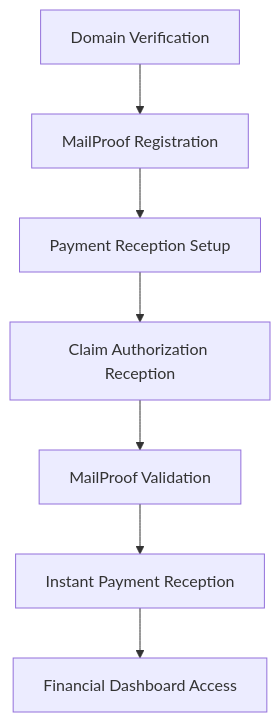
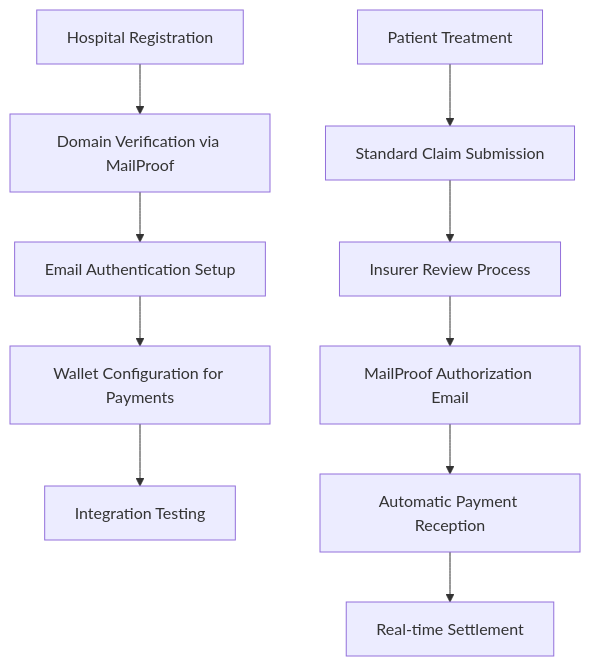
The fourth of 8 diagrams in memory-bank/systemPatterns.md (ppezzull/zkMed), drawn with Mermaid before and after one commit. The commit also changed other lines of this file and 3 other files, not shown here.

````diff
--- a/memory-bank/systemPatterns.md
+++ b/memory-bank/systemPatterns.md
@@ -219,9 +162,13 @@
 ```mermaid
-graph TB
-    A[Domain Verification] --> B[MailProof Registration]
-    B --> C[Payment Reception Setup]
-    C --> D[Claim Authorization Reception]
-    D --> E[MailProof Validation]
-    E --> F[Instant Payment Reception]
-    F --> G[Financial Dashboard Access]
+graph TD
+    A[Hospital Registration] --> B[Domain Verification via MailProof]
+    B --> C[Email Authentication Setup]
+    C --> D[Wallet Configuration for Payments]
+    D --> E[Integration Testing]
+    
+    F[Patient Treatment] --> G[Standard Claim Submission]
+    G --> H[Insurer Review Process]
+    H --> I[MailProof Authorization Email]
+    I --> J[Automatic Payment Reception]
+    J --> K[Real-time Settlement]
 ```
````
